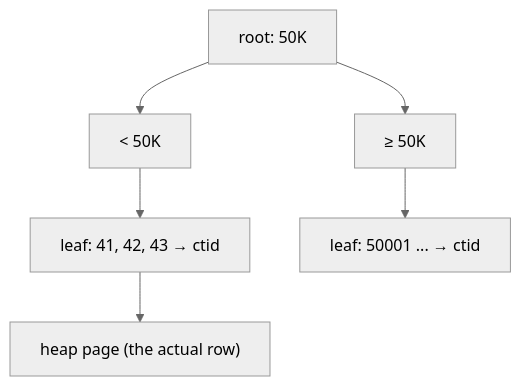
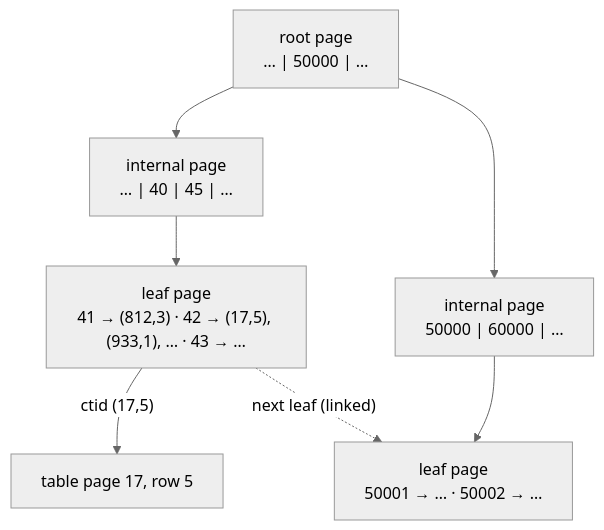
The diagram in Doc/05-indexes-performance/02-btree.md (wesamkhateeb98-creator/postgresql-zero-to-hero), drawn with Mermaid (neutral theme) before and after one commit. The commit also changed other lines of this file and 29 other files, not shown here.

````diff
--- a/Doc/05-indexes-performance/02-btree.md
+++ b/Doc/05-indexes-performance/02-btree.md
@@ -5,6 +9,9 @@
 ```mermaid
 flowchart TD
-    R["root: 50K"] --> L["< 50K"] --> L1["leaf: 41, 42, 43 → ctid"]
-    R --> RR["≥ 50K"] --> R1["leaf: 50001 ... → ctid"]
-    L1 --> H["heap page (the actual row)"]
+    R["root page<br/>… | 50000 | …"] --> I1["internal page<br/>… | 40 | 45 | …"]
+    R --> I2["internal page<br/>50000 | 60000 | …"]
+    I1 --> L1["leaf page<br/>41 → (812,3) · 42 → (17,5), (933,1), … · 43 → …"]
+    I2 --> L2["leaf page<br/>50001 → … · 50002 → …"]
+    L1 -->|"ctid (17,5)"| H["table page 17, row 5"]
+    L1 -.->|"next leaf (linked)"| L2
 ```
````
